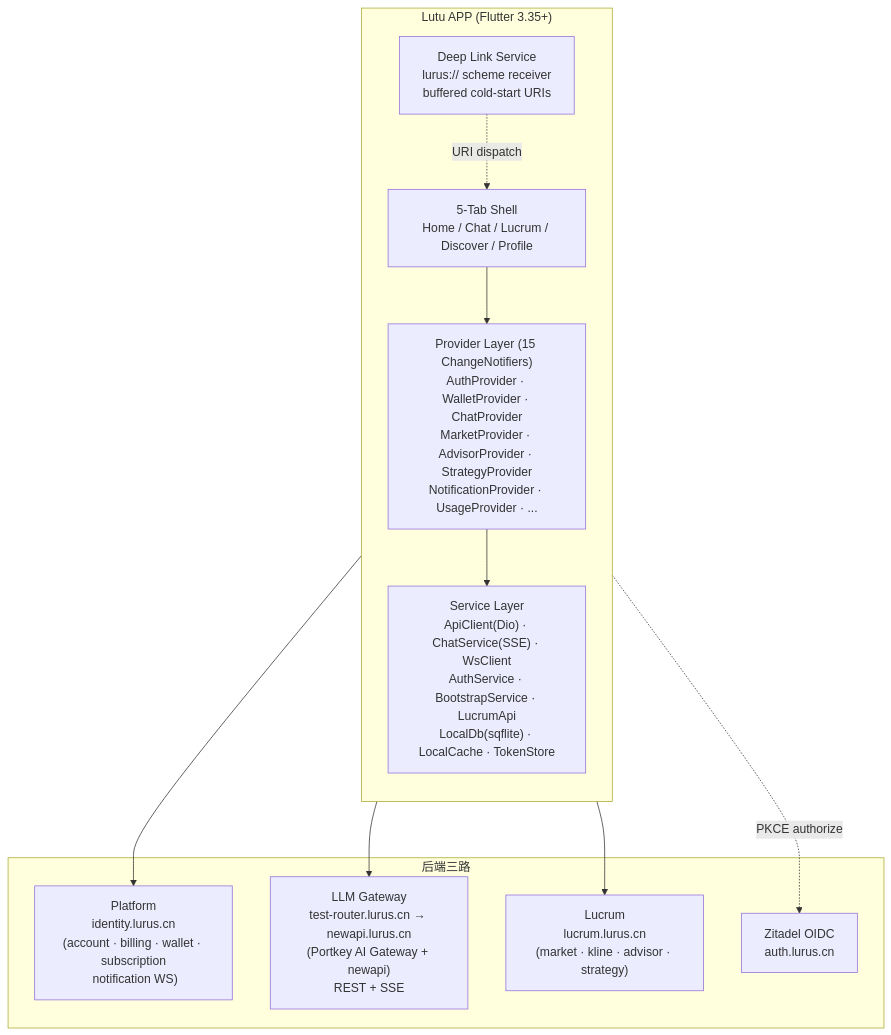
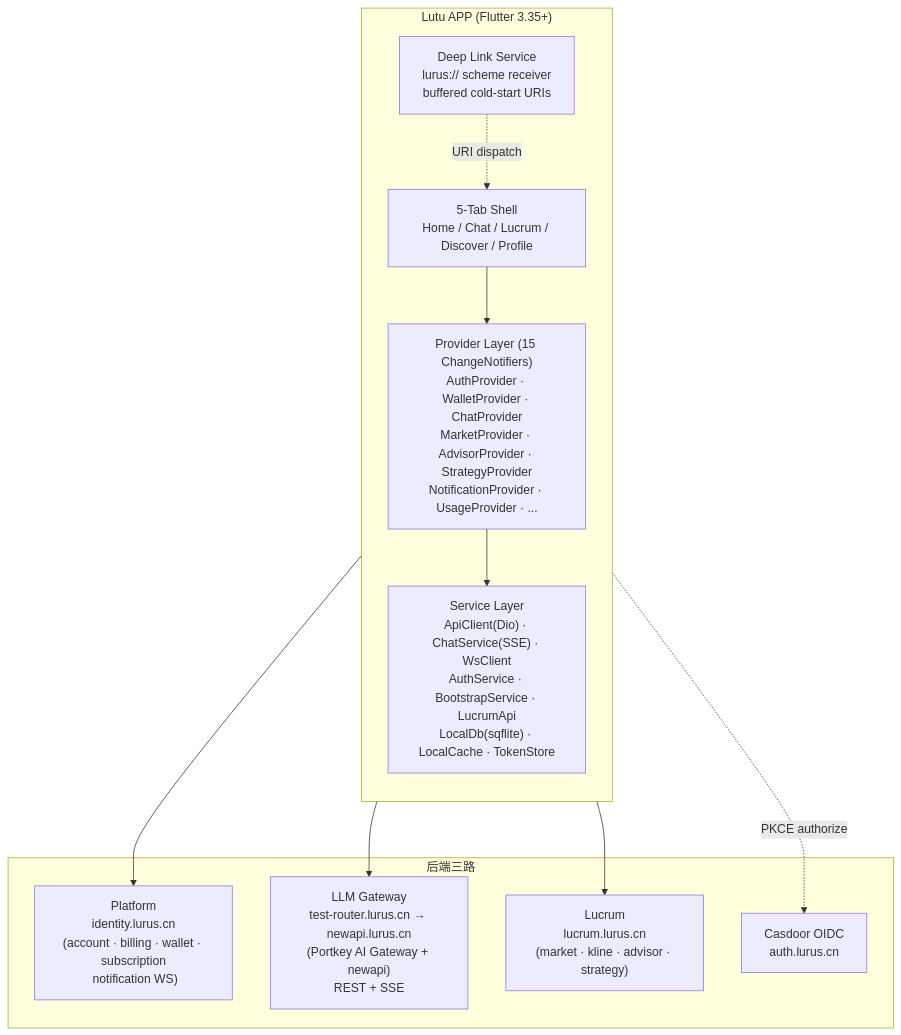
The first of 7 diagrams in internal/products/lutu.md (hanmahong5-arch/lurus-docs), drawn with Mermaid before and after one commit. The commit also changed other lines of this file and 30 other files, not shown here.

Commit message:
docs(internal): IdP 术语同步 Zitadel → Casdoor(vendor-neutral OIDC 迁移文档面)

````diff
--- a/internal/products/lutu.md
+++ b/internal/products/lutu.md
@@ -58,25 +58,25 @@
 ```mermaid
 graph TB
     subgraph Lutu["Lutu APP (Flutter 3.35+)"]
         direction TB
         UI["5-Tab Shell\nHome / Chat / Lucrum / Discover / Profile"]
         PM["Provider Layer (15 ChangeNotifiers)\nAuthProvider · WalletProvider · ChatProvider\nMarketProvider · AdvisorProvider · StrategyProvider\nNotificationProvider · UsageProvider · ..."]
         SVC["Service Layer\nApiClient(Dio) · ChatService(SSE) · WsClient\nAuthService · BootstrapService · LucrumApi\nLocalDb(sqflite) · LocalCache · TokenStore"]
         DL["Deep Link Service\nlurus:// scheme receiver\nbuffered cold-start URIs"]
     end
 
     subgraph Backends["后端三路"]
         P["Platform\nidentity.lurus.cn\n(account · billing · wallet · subscription\n notification WS)"]
         G["LLM Gateway\ntest-router.lurus.cn → newapi.lurus.cn\n(Portkey AI Gateway + newapi)\nREST + SSE"]
         L["Lucrum\nlucrum.lurus.cn\n(market · kline · advisor · strategy)"]
-        A["Zitadel OIDC\nauth.lurus.cn"]
+        A["Casdoor OIDC\nauth.lurus.cn"]
     end
 
     UI --> PM
     PM --> SVC
     SVC --> P
     SVC --> G
     SVC --> L
     SVC -.->|PKCE authorize| A
     DL -.->|URI dispatch| UI
 ```
````
